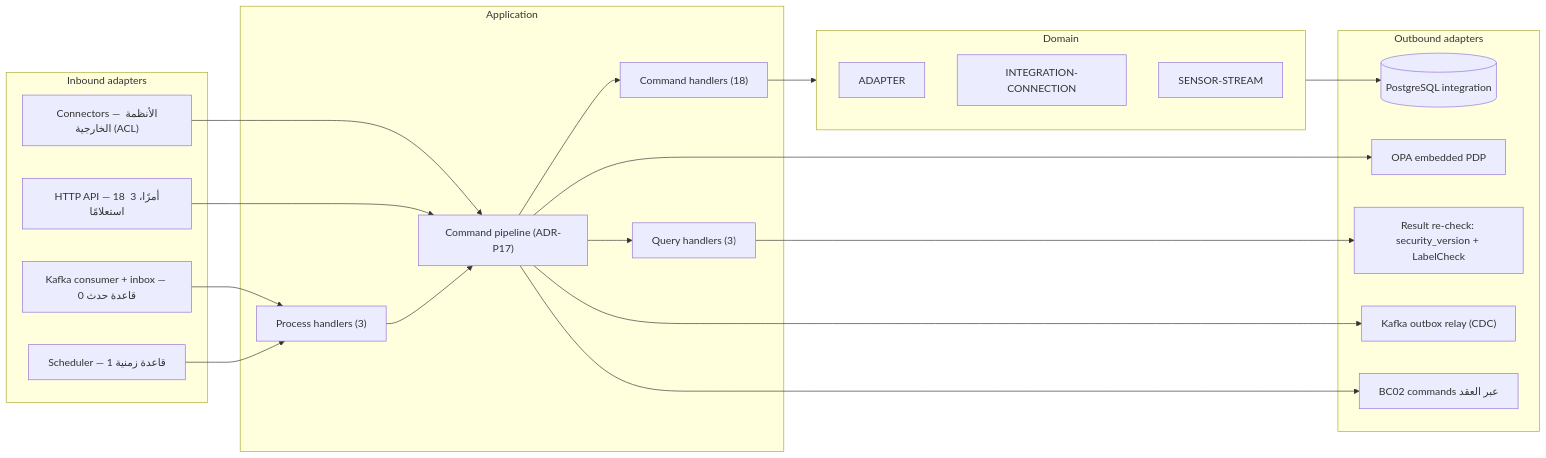
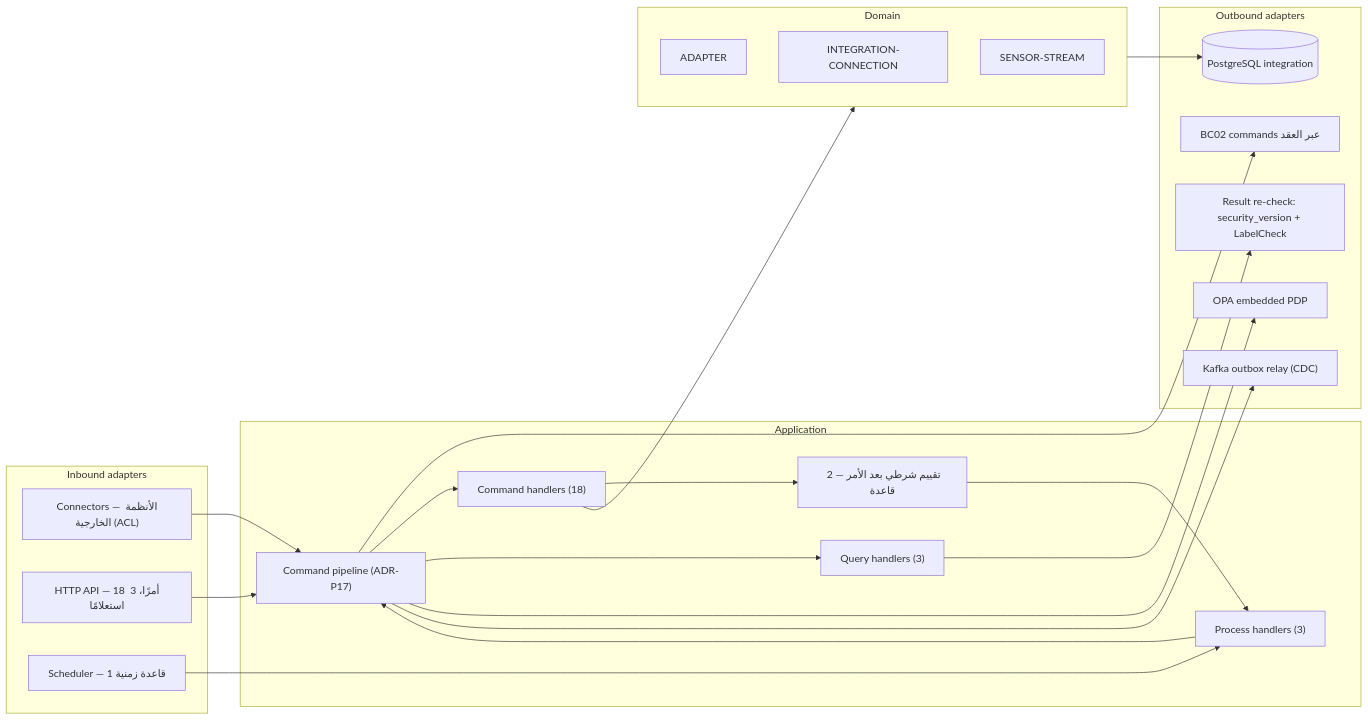
Before and after one commit to Ayoubkhattab/Planing: diagram 11 of 15 in spec/18-analysis-design/12-components.md, drawn with Mermaid. The commit also changed other lines of this file and 16 other files, not shown here.

````diff
--- a/spec/18-analysis-design/12-components.md
+++ b/spec/18-analysis-design/12-components.md
@@ -701,40 +721,41 @@
 ```mermaid
 flowchart LR
   subgraph IN["Inbound adapters"]
     XIN0["Connectors — الأنظمة الخارجية (ACL)"]
     HTTP["HTTP API — 18 أمرًا، 3 استعلامًا"]
-    KAFKA["Kafka consumer + inbox — 0 قاعدة حدث"]
     SCHED["Scheduler — 1 قاعدة زمنية"]
   end
   subgraph APP["Application"]
     PIPE["Command pipeline (ADR-P17)"]
     CH["Command handlers (18)"]
     QH["Query handlers (3)"]
+    POST["تقييم شرطي بعد الأمر — 2 قاعدة"]
     PH["Process handlers (3)"]
   end
   subgraph DOM["Domain"]
     AGG_ADAPTER["ADAPTER"]
     AGG_INTEGRATION_CONNECTION["INTEGRATION-CONNECTION"]
     AGG_SENSOR_STREAM["SENSOR-STREAM"]
   end
   subgraph OUT["Outbound adapters"]
     DB_integration[("PostgreSQL integration")]
     OPA["OPA embedded PDP"]
     RECHECK["Result re-check: security_version + LabelCheck"]
     BUS["Kafka outbox relay (CDC)"]
     XOUT0["BC02 commands عبر العقد"]
   end
   XIN0 --> PIPE
   PIPE --> XOUT0
   HTTP --> PIPE
-  KAFKA --> PH
+  CH --> POST
+  POST --> PH
   SCHED --> PH
   PIPE --> CH
   PIPE --> QH
   PH --> PIPE
   CH --> DOM
   DOM --> DB_integration
   PIPE --> OPA
   QH --> RECHECK
   PIPE --> BUS
 ```
````
